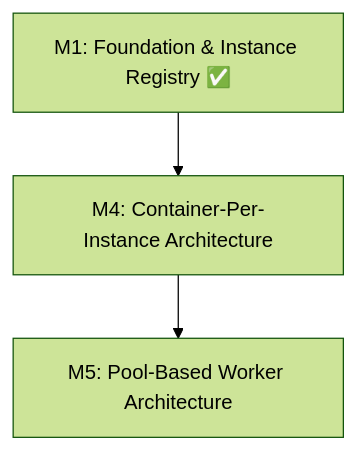
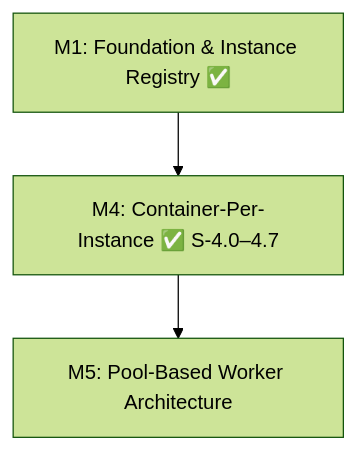
Before and after one commit to pedropaulovc/claude-agent-sdk-aas: the diagram in spec/plan/README.md, drawn with Mermaid (forest theme). The commit also changed other lines of this file and 10 other files, not shown here.

First line of the commit message:
Rewrite specs for M5 pool-based worker architecture

````diff
--- a/spec/plan/README.md
+++ b/spec/plan/README.md
@@ -21,5 +20,5 @@
 ```mermaid
 graph TD
-    M1[M1: Foundation & Instance Registry ✅] --> M4[M4: Container-Per-Instance Architecture]
+    M1[M1: Foundation & Instance Registry ✅] --> M4[M4: Container-Per-Instance ✅ S-4.0–4.7]
     M4 --> M5[M5: Pool-Based Worker Architecture]
 ```
````
